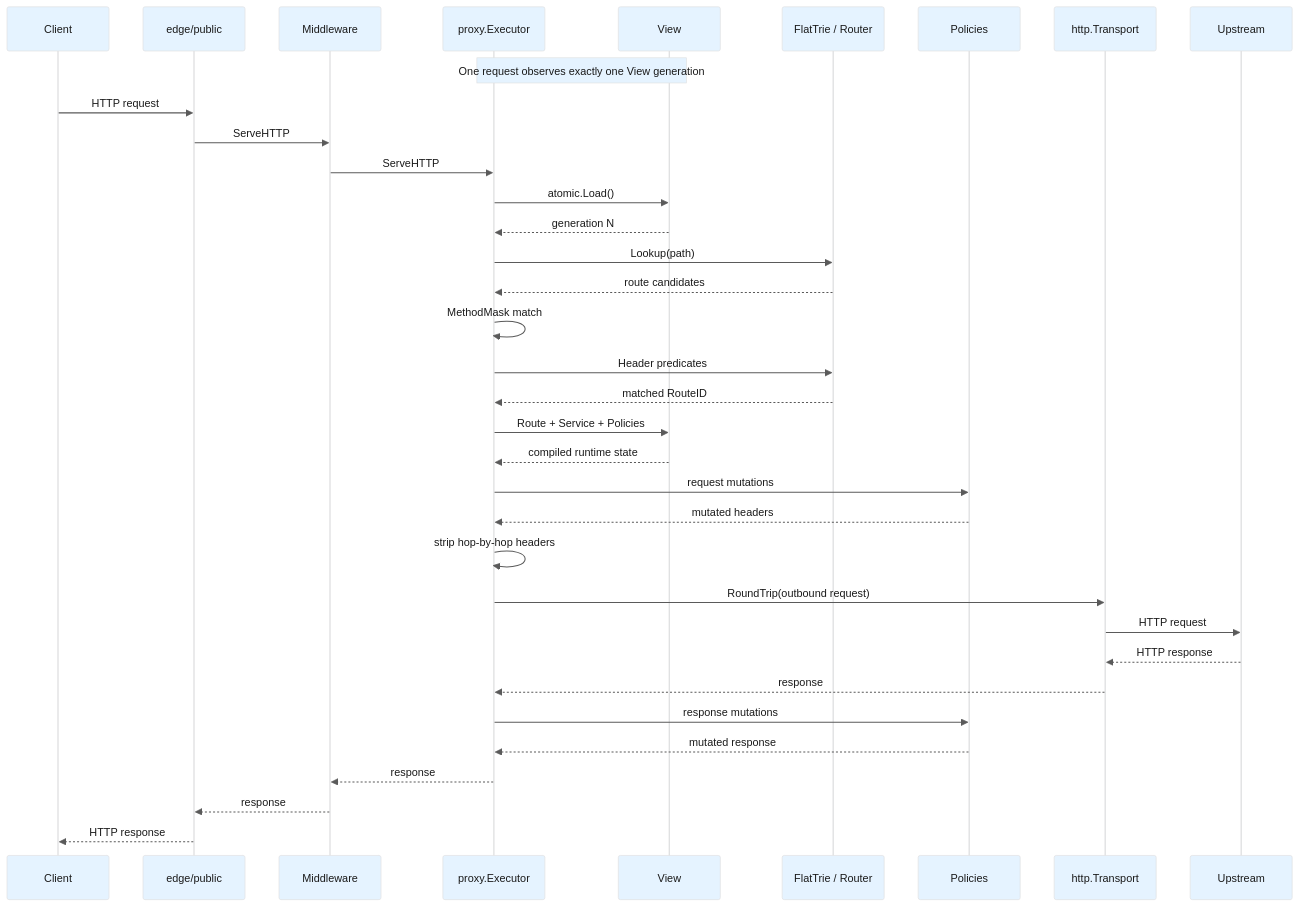
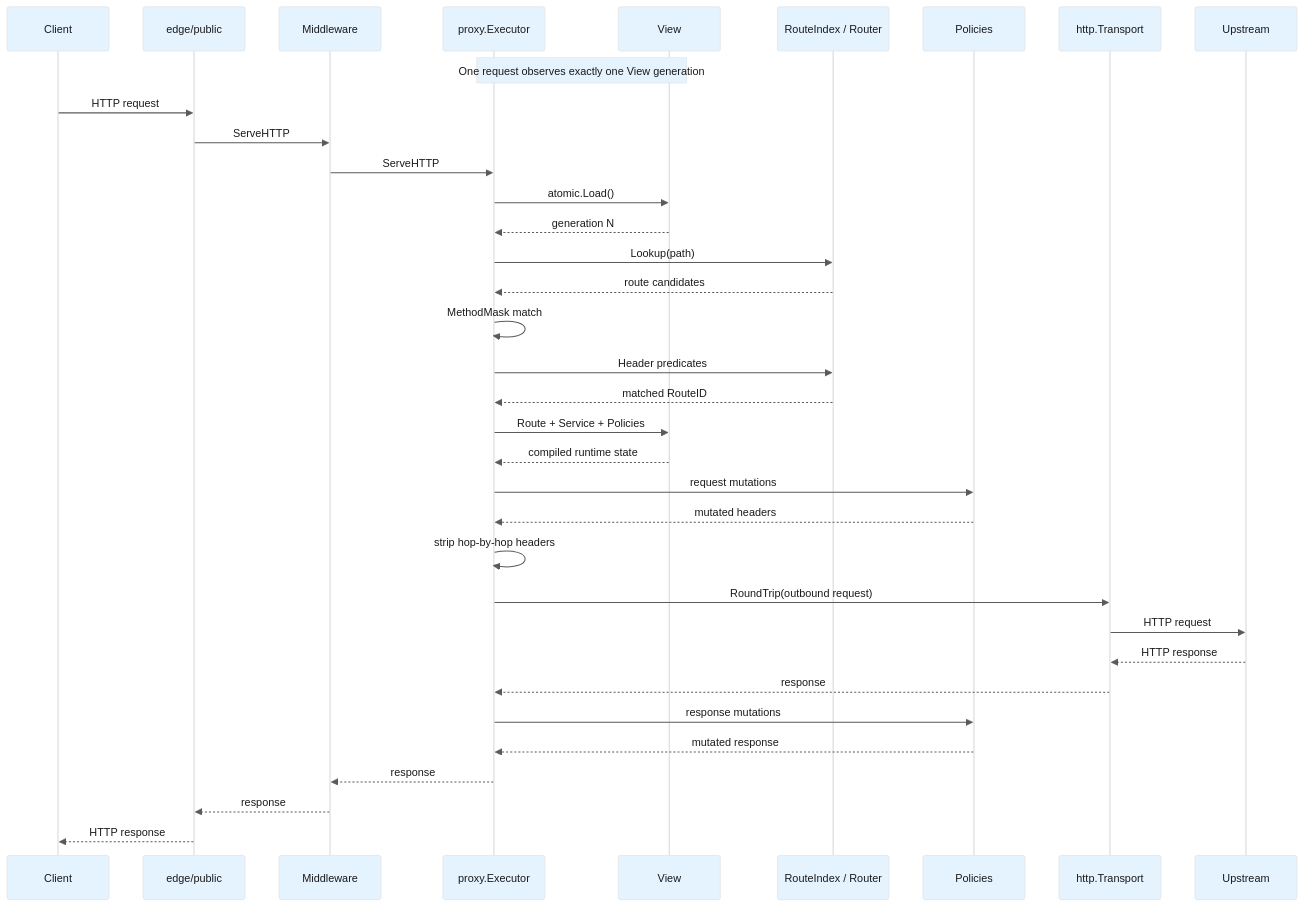
The second of 3 diagrams in ARCHITECTURE.md (HAL-X9/aegis), drawn with Mermaid before and after one commit. The commit also changed other lines of this file and 28 other files, not shown here.

First line of the commit message:
refactor(controlplane): move route index build out of data plane

````diff
--- a/ARCHITECTURE.md
+++ b/ARCHITECTURE.md
@@ -59,49 +59,49 @@
 ```mermaid
 %%{init: {'theme':'base', 'themeVariables': {'actorBkg':'#e5f3ff','actorBorder':'#e0e1e2','actorTextColor':'#1a1a1a','actorLineColor':'#e0e1e2','signalColor':'#5a5a5a','signalTextColor':'#1a1a1a','noteBkgColor':'#e5f3ff','noteBorderColor':'#e0e1e2','noteTextColor':'#1a1a1a','sequenceNumberColor':'#1a1a1a'}}}%%
 sequenceDiagram
     participant C as Client
     participant E as edge/public
     participant M as Middleware
     participant X as proxy.Executor
     participant V as View
-    participant R as FlatTrie / Router
+    participant R as RouteIndex / Router
     participant P as Policies
     participant T as http.Transport
     participant U as Upstream
 
     Note over V,X: One request observes exactly one View generation
 
     C->>E: HTTP request
     E->>M: ServeHTTP
     M->>X: ServeHTTP
 
     X->>V: atomic.Load()
     V-->>X: generation N
 
     X->>R: Lookup(path)
     R-->>X: route candidates
 
     X->>X: MethodMask match
     X->>R: Header predicates
     R-->>X: matched RouteID
 
     X->>V: Route + Service + Policies
     V-->>X: compiled runtime state
 
     X->>P: request mutations
     P-->>X: mutated headers
 
     X->>X: strip hop-by-hop headers
     X->>T: RoundTrip(outbound request)
 
     T->>U: HTTP request
     U-->>T: HTTP response
     T-->>X: response
 
     X->>P: response mutations
     P-->>X: mutated response
 
     X-->>M: response
     M-->>E: response
     E-->>C: HTTP response
 ```
````
